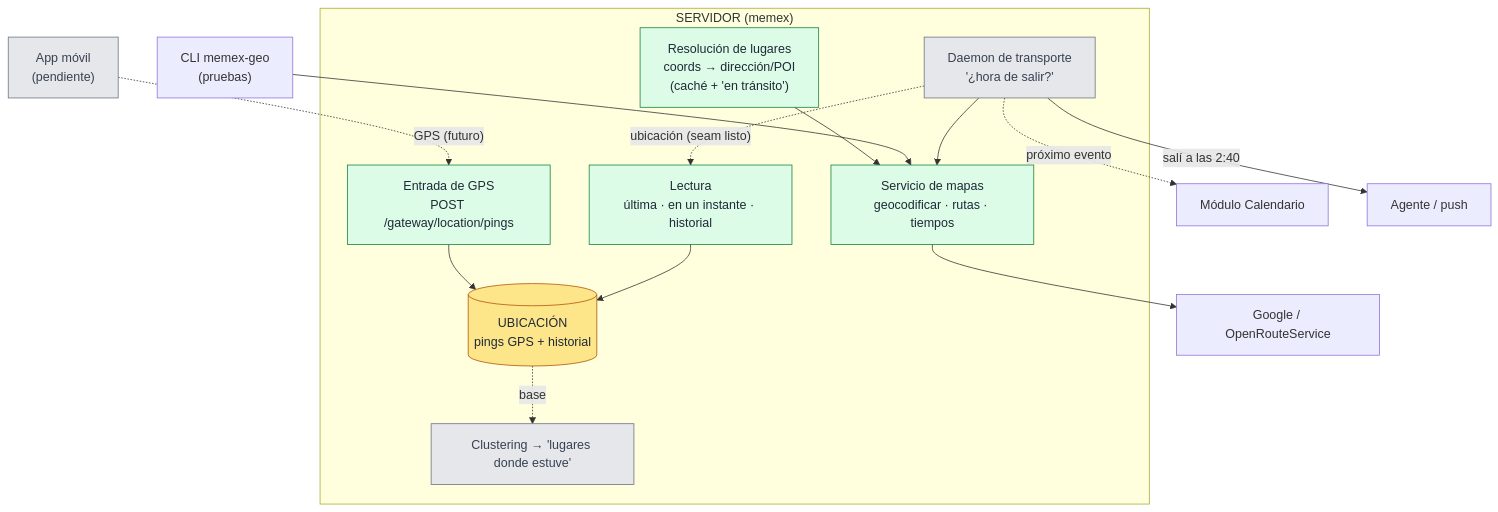
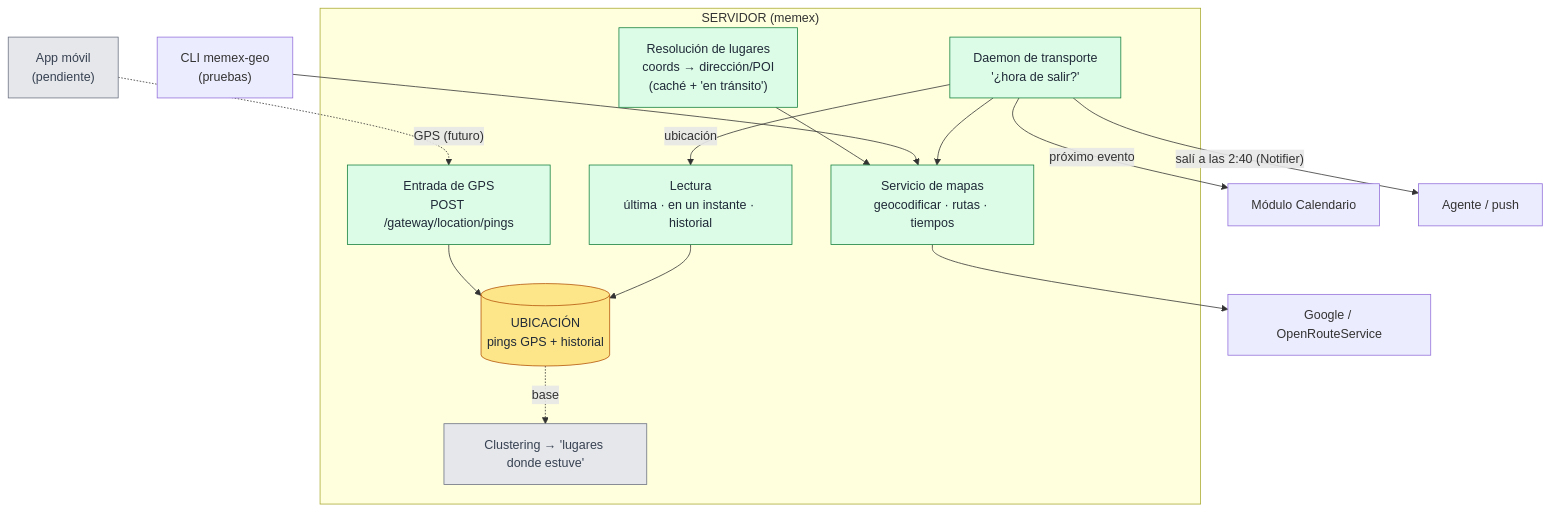
Before and after one commit to CoKeFish/memex: the diagram in docs/subsistema-geo.md, drawn with Mermaid. The commit also changed other lines of this file and 25 other files, not shown here.

First line of the commit message:
feat(transport): daemon "¿llego a tiempo?" + seam de notificaciones

````diff
--- a/docs/subsistema-geo.md
+++ b/docs/subsistema-geo.md
@@ -16,38 +16,38 @@
 ```mermaid
 flowchart TB
   app["App móvil<br/>(pendiente)"]
   cli["CLI memex-geo<br/>(pruebas)"]
 
   subgraph srv["SERVIDOR (memex)"]
     gw["Entrada de GPS<br/>POST /gateway/location/pings"]
     ubic[("UBICACIÓN<br/>pings GPS + historial")]
     lectura["Lectura<br/>última · en un instante · historial"]
     lugares_r["Resolución de lugares<br/>coords → dirección/POI<br/>(caché + 'en tránsito')"]
     serv["Servicio de mapas<br/>geocodificar · rutas · tiempos"]
     cluster["Clustering → 'lugares donde estuve'"]
     daemon["Daemon de transporte<br/>'¿hora de salir?'"]
   end
 
   cal["Módulo Calendario"]
   maps["Google / OpenRouteService"]
   agente["Agente / push"]
 
   app -. "GPS (futuro)" .-> gw
   gw --> ubic
   lectura --> ubic
   ubic -. "base" .-> cluster
   lugares_r --> serv
   cli --> serv
   serv --> maps
-  daemon -. "ubicación (seam listo)" .-> lectura
-  daemon -. "próximo evento" .-> cal
+  daemon -->|ubicación| lectura
+  daemon -->|"próximo evento"| cal
   daemon --> serv
-  daemon -->|"salí a las 2:40"| agente
+  daemon -->|"salí a las 2:40 (Notifier)"| agente
 
   classDef done fill:#dcfce7,stroke:#15803d,color:#1f2937;
   classDef pend fill:#e5e7eb,stroke:#6b7280,color:#374151;
   classDef store fill:#fde68a,stroke:#b45309,color:#1f2937;
-  class gw,lectura,lugares_r,serv done;
+  class gw,lectura,lugares_r,serv,daemon done;
   class ubic store;
-  class app,cluster,daemon pend;
+  class app,cluster pend;
 ```
````
